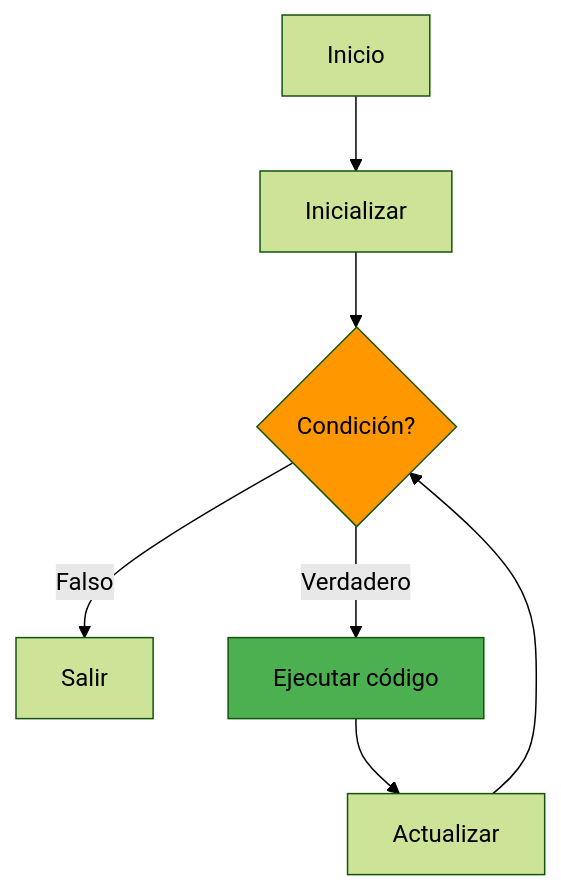
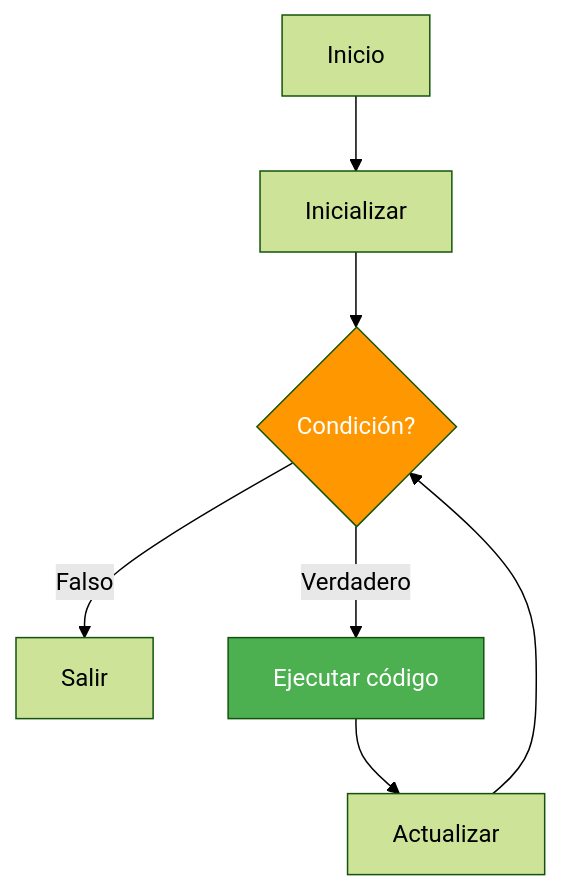
One commit to joseluisgs/DesarrolloWebEntornosServidor-01-2026-2027 changed the third of 7 diagrams in csharp_inicial/04-Fundamentoscsharp.md. Above: the diagram before and after it, drawn with Mermaid (forest theme). The commit also changed other lines of this file and 66 other files, not shown here.

First line of the commit message:
fix: normalizar titulos al castellano de frase y corregir la paleta de mermaid

````diff
--- a/csharp_inicial/04-Fundamentoscsharp.md
+++ b/csharp_inicial/04-Fundamentoscsharp.md
@@ -311,12 +311,12 @@
 ```mermaid
 flowchart TD
     A[Inicio] --> B[Inicializar]
     B --> C{Condición?}
     C -->|Falso| D[Salir]
     C -->|Verdadero| E[Ejecutar código]
     E --> F[Actualizar]
     F --> C
     
-    style C fill:#FF9800
-    style E fill:#4CAF50
+    style C fill:#FF9800,color:#fff
+    style E fill:#4CAF50,color:#fff
 ```
````
